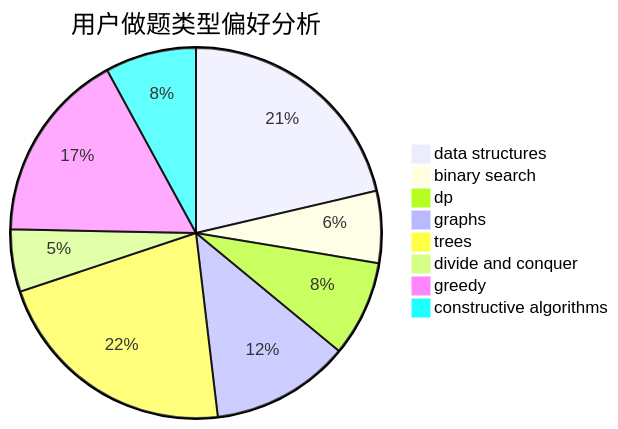
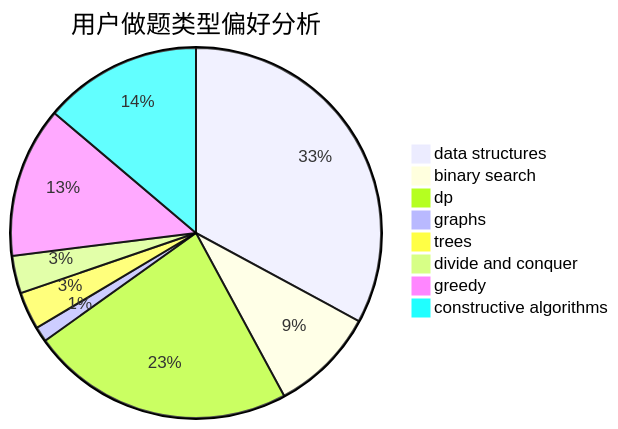
The second of 3 diagrams in docs/user/u785.md (sherpahu/cfrs.github.io), drawn with Mermaid before and after one commit. The commit also changed other lines of this file and 2770 other files, not shown here.

````diff
--- a/docs/user/u785.md
+++ b/docs/user/u785.md
@@ -23,11 +23,11 @@
 ```mermaid
 pie title 用户做题类型偏好分析
-    "data structures" :  51
-    "binary search" :  15
-    "dp" :  20
-    "graphs" :  29
-    "trees" :  52
-    "divide and conquer" :  13
-    "greedy" :  40
-    "constructive algorithms" :  19
+    "data structures" :  50
+    "binary search" :  14
+    "dp" :  35
+    "graphs" :  2
+    "trees" :  5
+    "divide and conquer" :  5
+    "greedy" :  20
+    "constructive algorithms" :  21
 ```
````
